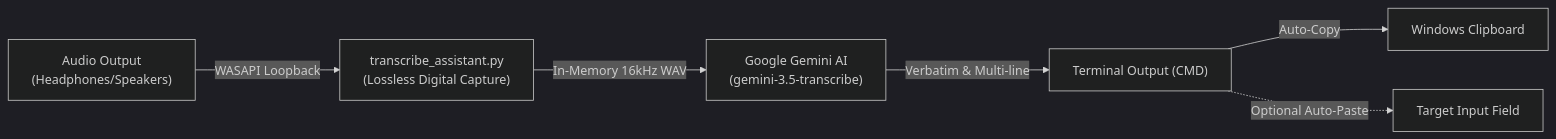
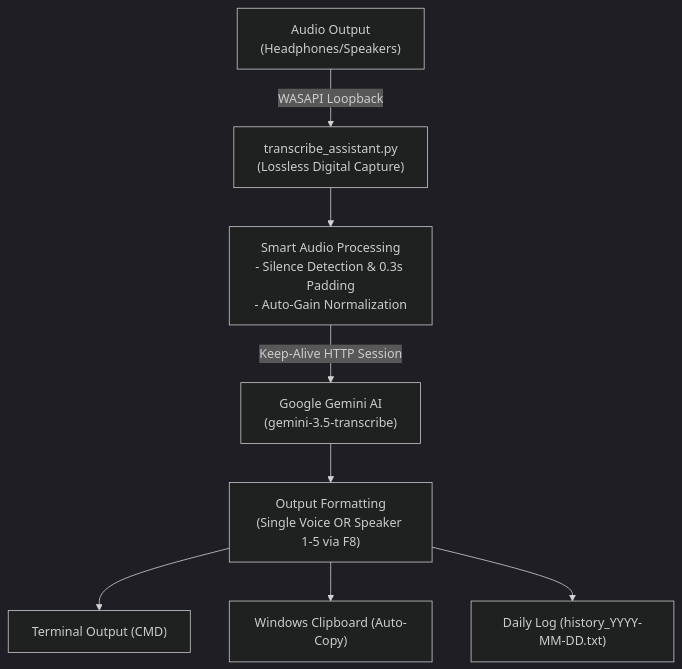
Before and after one commit to dimasbin/Automation-Transcription-Multi-Language: the diagram in README.md, drawn with Mermaid (dark theme). The commit also changed other lines of this file and 4 other files, not shown here.

First line of the commit message:
feat: add speaker diarization, auto-gain normalization, and daily logging (v4.0)

````diff
--- a/README.md
+++ b/README.md
@@ -40,8 +53,10 @@
 ```mermaid
-flowchart LR
+flowchart TD
     A["Audio Output\n(Headphones/Speakers)"] -->|WASAPI Loopback| B["transcribe_assistant.py\n(Lossless Digital Capture)"]
-    B -->|In-Memory 16kHz WAV| C["Google Gemini AI\n(gemini-3.5-transcribe)"]
-    C -->|Verbatim & Multi-line| D["Terminal Output (CMD)"]
-    D -->|Auto-Copy| E["Windows Clipboard"]
-    D -.->|Optional Auto-Paste| F["Target Input Field"]
+    B --> C["Smart Audio Processing\n- Silence Detection & 0.3s Padding\n- Auto-Gain Normalization"]
+    C -->|Keep-Alive HTTP Session| D["Google Gemini AI\n(gemini-3.5-transcribe)"]
+    D --> E["Output Formatting\n(Single Voice OR Speaker 1-5 via F8)"]
+    E --> F["Terminal Output (CMD)"]
+    E --> G["Windows Clipboard (Auto-Copy)"]
+    E --> H["Daily Log (history_YYYY-MM-DD.txt)"]
 ```
````
